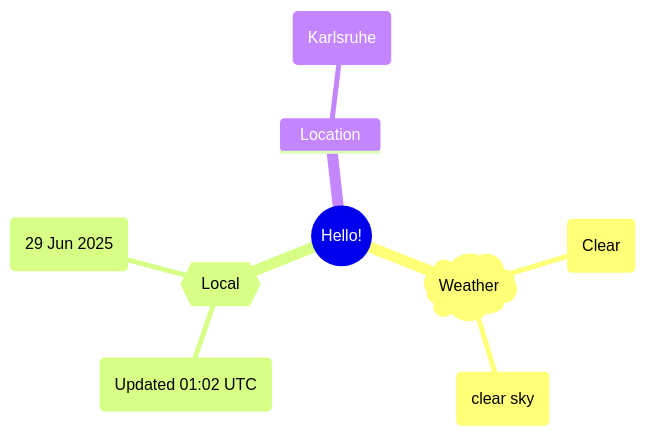
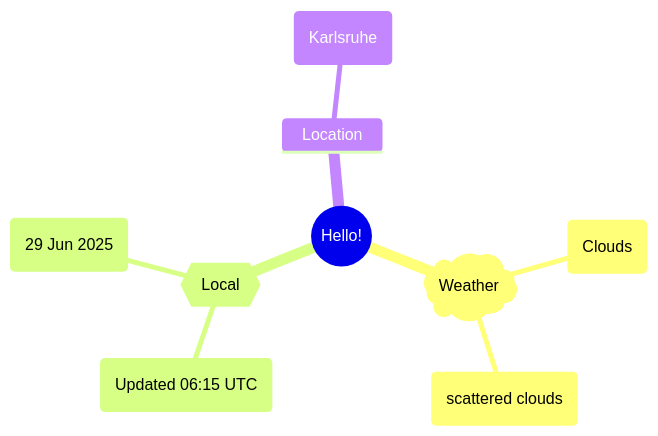
Before and after one commit to Xosrov/Xosrov: the first of 2 diagrams in README.md, drawn with Mermaid.

Commit message:
[bot] updated images

````diff
--- a/README.md
+++ b/README.md
@@ -3,12 +3,12 @@
 ```mermaid
 mindmap
   root((Hello!))
     )Weather(
-        (Clear)
-        (clear sky)
+        (Clouds)
+        (scattered clouds)
     {{Local}}
-        (Updated 01:02 UTC)
+        (Updated 06:15 UTC)
         (29 Jun 2025)
     Location
         (Karlsruhe)
 ```
````
